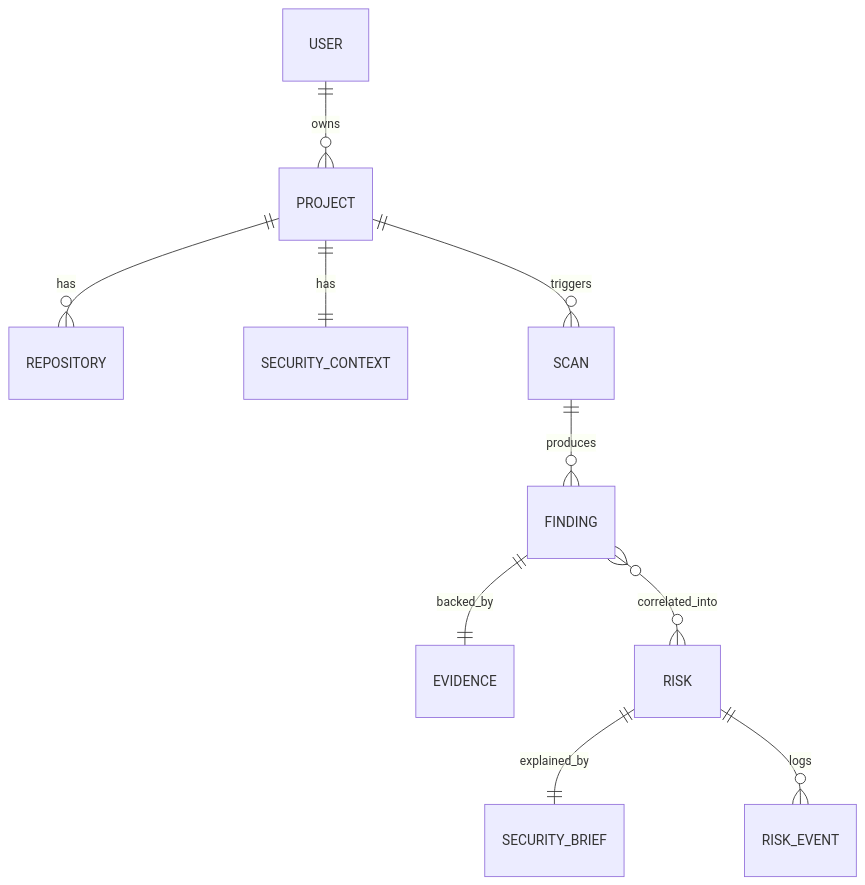
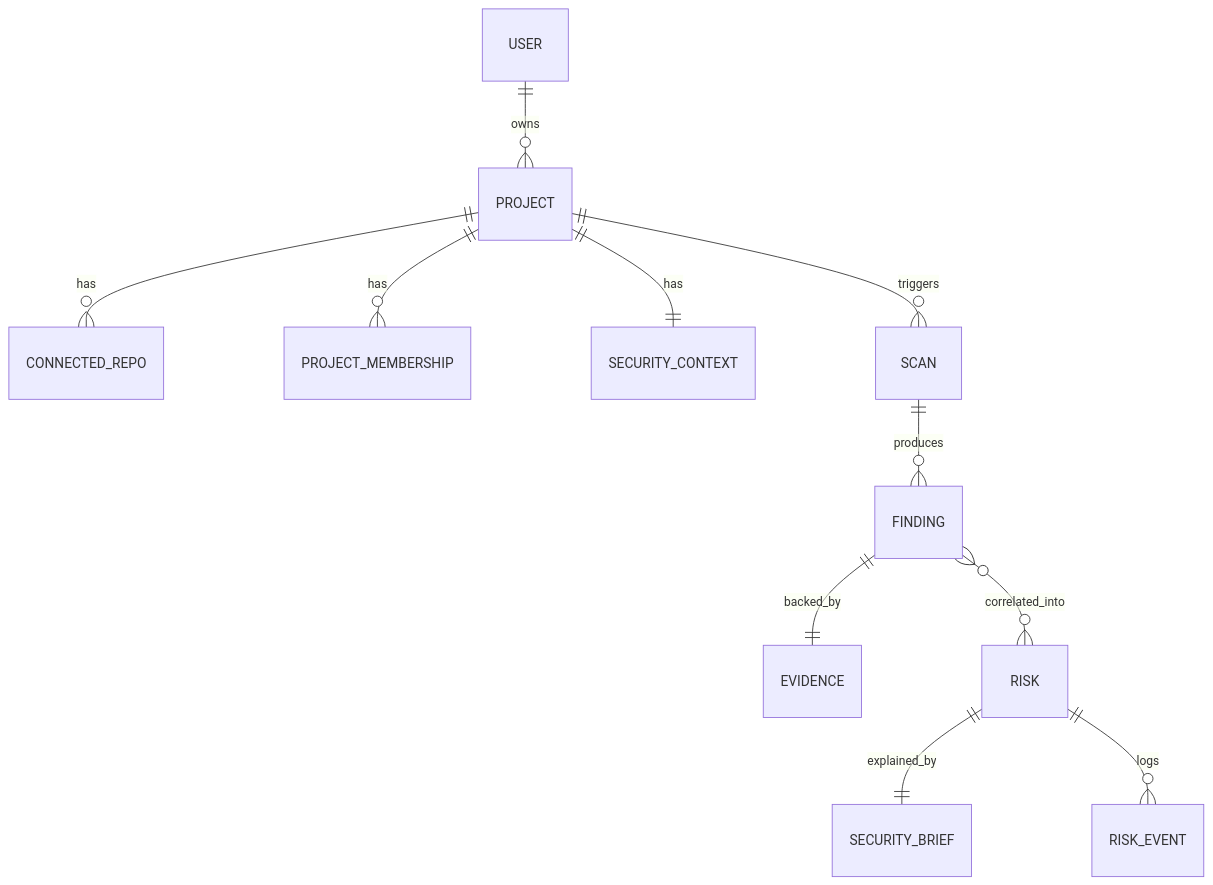
Before and after one commit to CarlosPD8/Verion: the first of 2 diagrams in docs/ARCHITECTURE.md, drawn with Mermaid. The commit also changed other lines of this file and 11 other files, not shown here.

````diff
--- a/docs/ARCHITECTURE.md
+++ b/docs/ARCHITECTURE.md
@@ -157,12 +157,13 @@
 ```mermaid
 erDiagram
     USER ||--o{ PROJECT : owns
-    PROJECT ||--o{ REPOSITORY : has
+    PROJECT ||--o{ CONNECTED_REPO : has
+    PROJECT ||--o{ PROJECT_MEMBERSHIP : has
     PROJECT ||--|| SECURITY_CONTEXT : has
     PROJECT ||--o{ SCAN : triggers
     SCAN ||--o{ FINDING : produces
     FINDING ||--|| EVIDENCE : backed_by
     FINDING }o--o{ RISK : correlated_into
     RISK ||--|| SECURITY_BRIEF : explained_by
     RISK ||--o{ RISK_EVENT : logs
 ```
````
